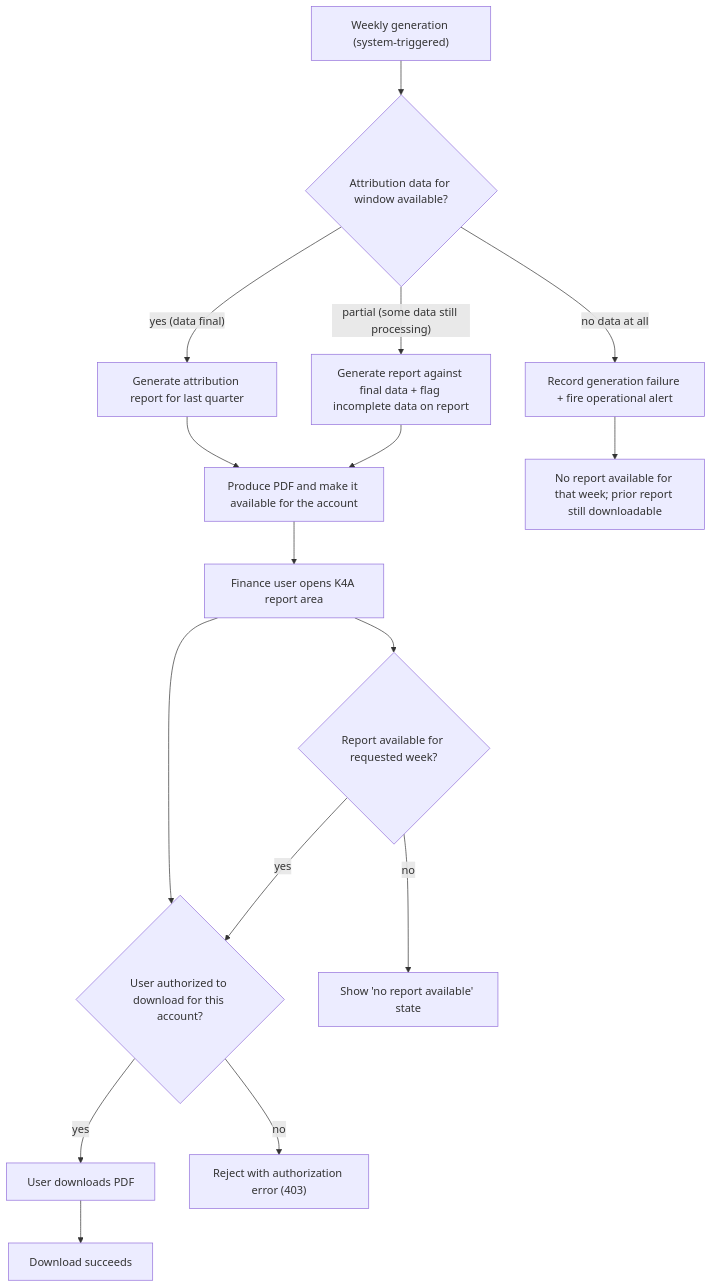
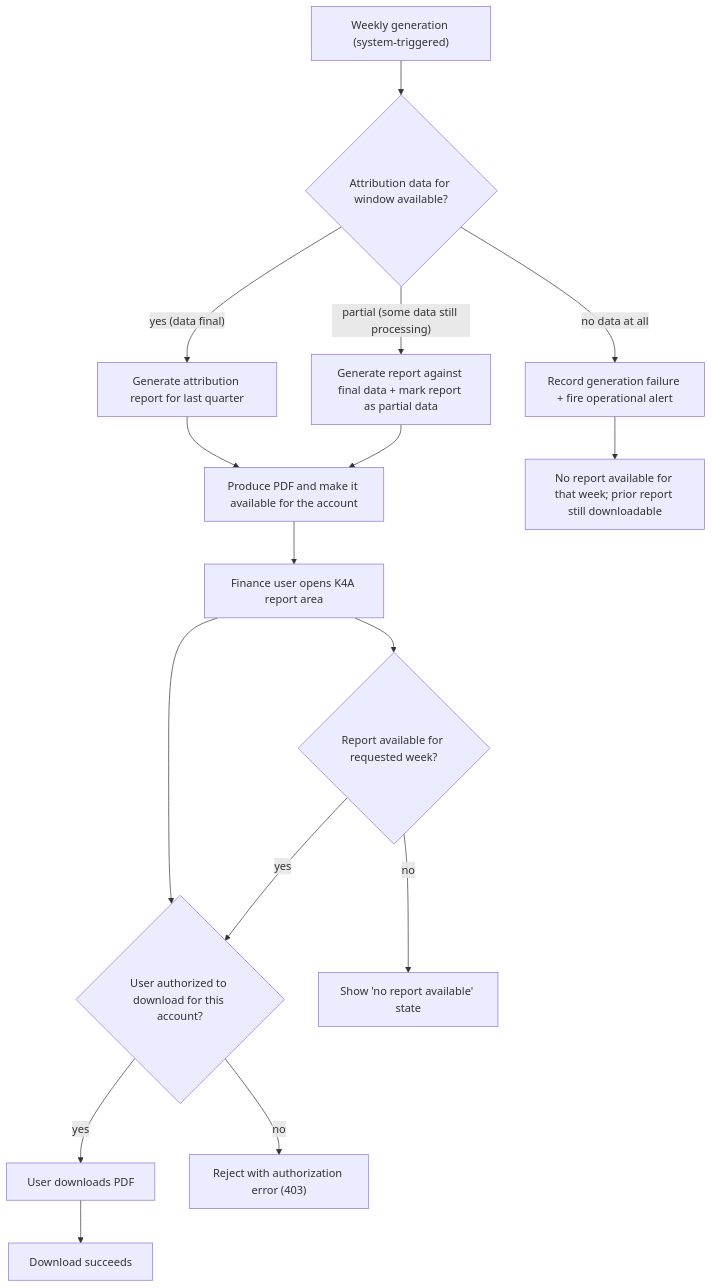
The diagram in docs/16-PRDs/072-k4a-add-weekly-attribution-report-pdf-download/product-spec.md (mayank-kochava/aisdlc-docs-sandbox), drawn with Mermaid before and after one commit. The commit also changed other lines of this file and 2 other files, not shown here.

````diff
--- a/docs/16-PRDs/072-k4a-add-weekly-attribution-report-pdf-download/product-spec.md
+++ b/docs/16-PRDs/072-k4a-add-weekly-attribution-report-pdf-download/product-spec.md
@@ -39,18 +39,18 @@
 ```mermaid
 flowchart TD
     A["Weekly generation (system-triggered)"] --> B{"Attribution data for window available?"}
     B -->|"yes (data final)"| C["Generate attribution report for last quarter"]
-    B -->|"partial (some data still processing)"| D["Generate report against final data + flag incomplete data on report"]
+    B -->|"partial (some data still processing)"| D["Generate report against final data + mark report as partial data"]
     B -->|"no data at all"| E["Record generation failure + fire operational alert"]
     C --> F["Produce PDF and make it available for the account"]
     D --> F
     F --> G["Finance user opens K4A report area"]
     G --> H{"User authorized to download for this account?"}
     H -->|"yes"| I["User downloads PDF"]
     H -->|"no"| J["Reject with authorization error (403)"]
     I --> K["Download succeeds"]
     E --> L["No report available for that week; prior report still downloadable"]
     G --> M{"Report available for requested week?"}
     M -->|"no"| N["Show 'no report available' state"]
     M -->|"yes"| H
 ```
````
